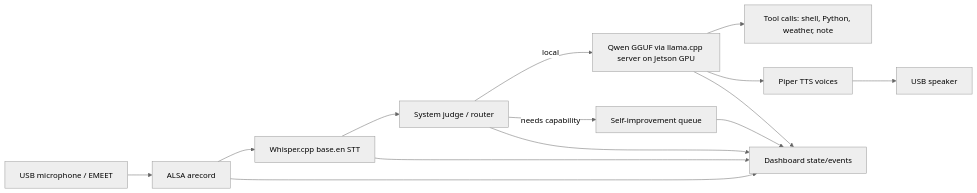
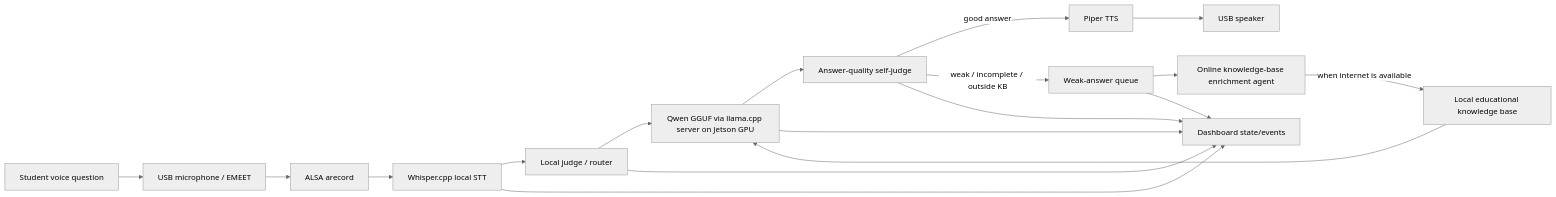
The diagram in docs/ARCHITECTURE.md (cozyss/jetson-voice-ai-monitor), drawn with Mermaid (neutral theme) before and after one commit. The commit also changed other lines of this file and 4 other files, not shown here.

Commit message:
Reframe as Self-improving Jetson Tutor

````diff
--- a/docs/ARCHITECTURE.md
+++ b/docs/ARCHITECTURE.md
@@ -3,16 +3,20 @@
 ```mermaid
 flowchart LR
-  A[USB microphone / EMEET] --> B[ALSA arecord]
-  B --> C[Whisper.cpp base.en STT]
-  C --> D[System judge / router]
-  D -->|local| E[Qwen GGUF via llama.cpp server on Jetson GPU]
-  D -->|needs capability| F[Self-improvement queue]
-  E --> G[Tool calls: shell, Python, weather, note]
-  E --> H[Piper TTS voices]
-  H --> I[USB speaker]
-  B --> J[Dashboard state/events]
-  C --> J
-  D --> J
-  E --> J
-  F --> J
+  A[Student voice question] --> B[USB microphone / EMEET]
+  B --> C[ALSA arecord]
+  C --> D[Whisper.cpp local STT]
+  D --> E[Local judge / router]
+  E --> F[Qwen GGUF via llama.cpp server on Jetson GPU]
+  K[Local educational knowledge base] --> F
+  F --> G[Answer-quality self-judge]
+  G -->|good answer| H[Piper TTS]
+  G -->|weak / incomplete / outside KB| I[Weak-answer queue]
+  I --> J[Online knowledge-base enrichment agent]
+  J -->|when internet is available| K
+  H --> L[USB speaker]
+  D --> M[Dashboard state/events]
+  E --> M
+  F --> M
+  G --> M
+  I --> M
 ```
````
